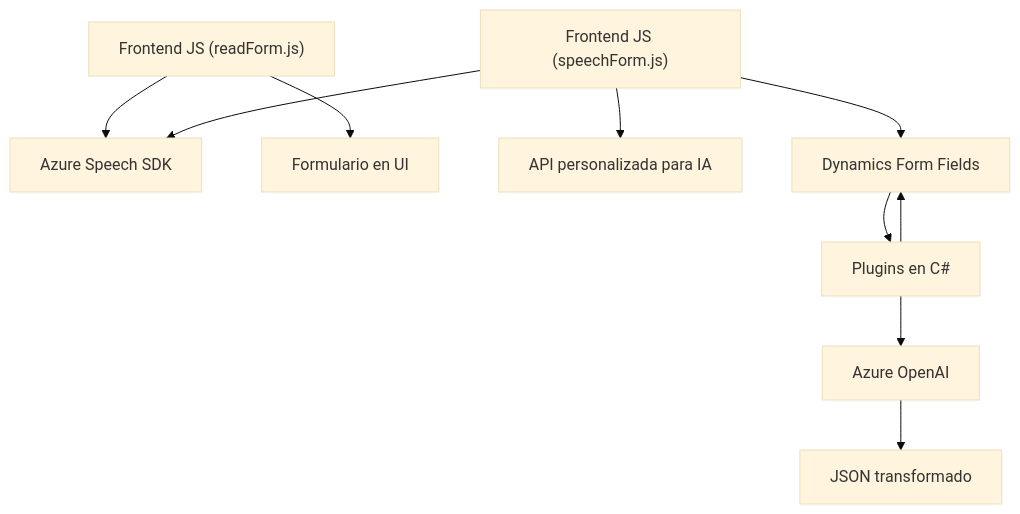
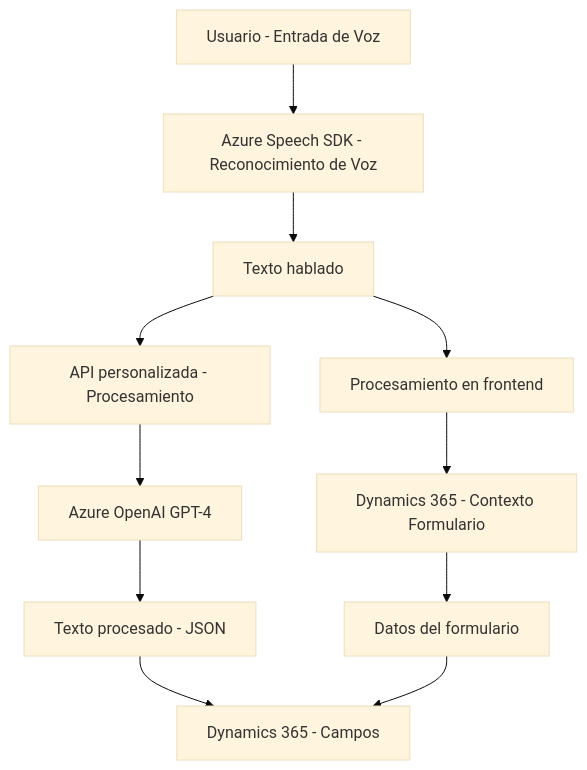
The diagram in README.md (blopezdm/NETCORE_BILBAO2025), drawn with Mermaid (base theme) before and after one commit. The commit also changed other lines of this file, not shown here.

````diff
--- a/README.md
+++ b/README.md
@@ -31,12 +38,19 @@
 ```mermaid
 graph TD
-    A["Frontend JS (readForm.js)"] --> B["Azure Speech SDK"]
-    A --> C["Formulario en UI"]
-    D["Frontend JS (speechForm.js)"] --> B
-    D --> E["API personalizada para IA"]
-    D --> F["Dynamics Form Fields"]
-    G["Plugins en C#"] --> H["Azure OpenAI"]
-    G --> F
-    H --> J["JSON transformado"]
-    F --> G
+    A["Usuario - Entrada de Voz"]
+    B["Azure Speech SDK - Reconocimiento de Voz"]
+    C["Texto hablado"]
+
+    A --> B
+    B --> C
+
+    C --> D["Procesamiento en frontend"]
+    D --> E["Dynamics 365 - Contexto Formulario"]
+    E --> F["Datos del formulario"]
+
+    C --> G["API personalizada - Procesamiento"]
+    G --> H["Azure OpenAI GPT-4"]
+    H --> I["Texto procesado - JSON"]
+    I --> J["Dynamics 365 - Campos"]
+    F --> J
 ```
````
